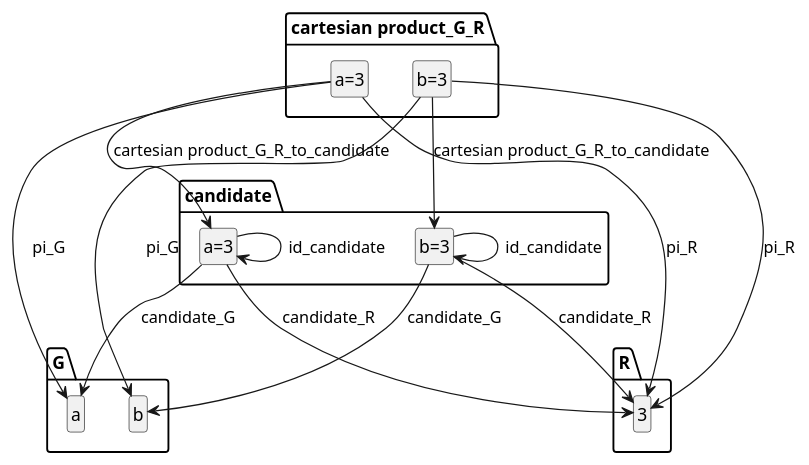
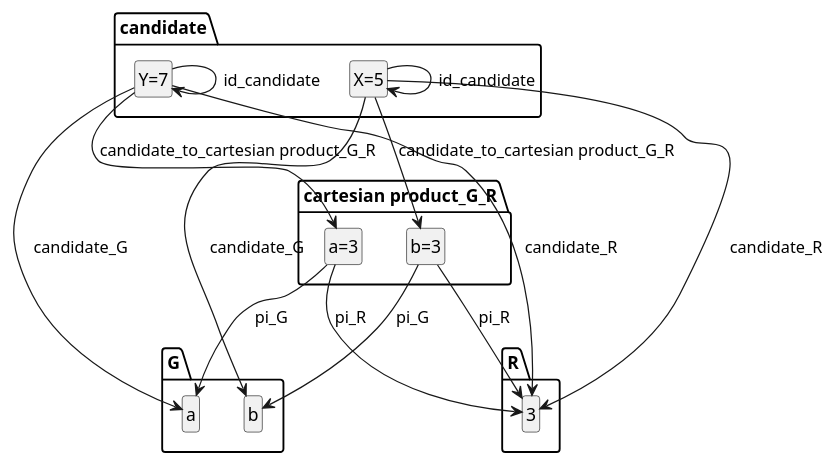
The diagram in FMDE/diagrams/miniproj/idcheck.pretty.plantuml (rajiv-thorat/fmde), drawn with PlantUML before and after one commit. The commit also changed 2 other files, not shown here.

```diff
--- a/FMDE/diagrams/miniproj/idcheck.pretty.plantuml
+++ b/FMDE/diagrams/miniproj/idcheck.pretty.plantuml
@@ -1,23 +1,23 @@
 @startuml
 skinparam shadowing false
 hide members
 hide circle
 class "G.a"
 class "G.b"
 class "R.3"
-class "candidate.a=3"
-class "candidate.b=3"
+class "candidate.Y=7"
+class "candidate.X=5"
 
 "cartesian product_G_R.a=3" --> "G.a" : "pi_G"
 "cartesian product_G_R.b=3" --> "G.b" : "pi_G"
 "cartesian product_G_R.a=3" --> "R.3" : "pi_R"
 "cartesian product_G_R.b=3" --> "R.3" : "pi_R"
-"candidate.a=3" --> "G.a" : "candidate_G"
-"candidate.b=3" --> "G.b" : "candidate_G"
-"candidate.a=3" --> "R.3" : "candidate_R"
-"candidate.b=3" --> "R.3" : "candidate_R"
-"cartesian product_G_R.a=3" --> "candidate.a=3" : "cartesian product_G_R_to_candidate"
-"cartesian product_G_R.b=3" --> "candidate.b=3" : "cartesian product_G_R_to_candidate"
-"candidate.a=3" --> "candidate.a=3" : "id_candidate"
-"candidate.b=3" --> "candidate.b=3" : "id_candidate"
+"candidate.Y=7" --> "G.a" : "candidate_G"
+"candidate.X=5" --> "G.b" : "candidate_G"
+"candidate.Y=7" --> "R.3" : "candidate_R"
+"candidate.X=5" --> "R.3" : "candidate_R"
+"candidate.Y=7" --> "cartesian product_G_R.a=3" : "candidate_to_cartesian product_G_R"
+"candidate.X=5" --> "cartesian product_G_R.b=3" : "candidate_to_cartesian product_G_R"
+"candidate.Y=7" --> "candidate.Y=7" : "id_candidate"
+"candidate.X=5" --> "candidate.X=5" : "id_candidate"
 @enduml
```
